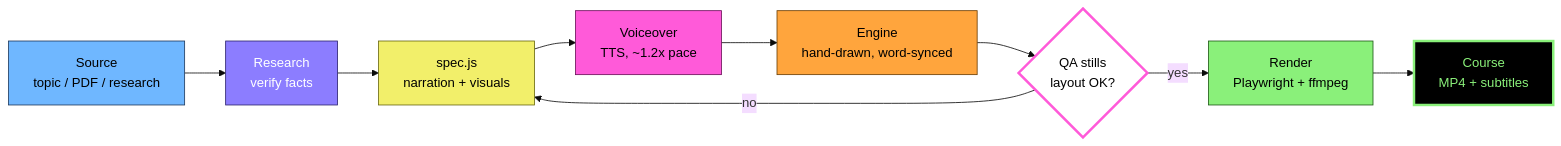
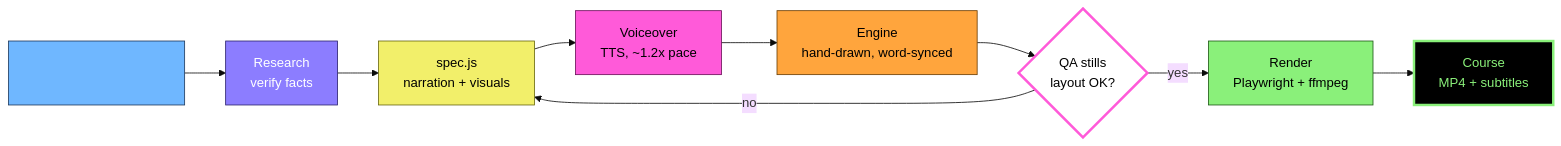
Before and after one commit to olatzbeitia-me/Agent-skills: the diagram in README.md, drawn with Mermaid (base theme). The commit also changed other lines of this file, not shown here.

Commit message:
Update README with improved section titles and styling

````diff
--- a/README.md
+++ b/README.md
@@ -11,20 +11,20 @@
 ```mermaid
 flowchart LR
     A["Source<br/>topic / PDF / research"]:::src --> B["Research<br/>verify facts"]:::research
     B --> C["spec.js<br/>narration + visuals"]:::spec
     C --> D["Voiceover<br/>TTS, ~1.2x pace"]:::voice
     D --> E["Engine<br/>hand-drawn, word-synced"]:::engine
     E --> F{"QA stills<br/>layout OK?"}:::qa
     F -- no --> C
     F -- yes --> G["Render<br/>Playwright + ffmpeg"]:::render
     G --> H["Course<br/>MP4 + subtitles"]:::out
 
-    classDef src fill:#6fb7ff,stroke:#1e3a5f,color:#000
+    classDef src fill:#6fb7ff,stroke:#1e3a5f,color:#0000
     classDef research fill:#8c7dff,stroke:#2e2470,color:#fff
     classDef spec fill:#f2ef6a,stroke:#6b6a10,color:#000
     classDef voice fill:#ff5ad9,stroke:#6b1059,color:#000
     classDef engine fill:#ffa53d,stroke:#6b3f05,color:#000
     classDef qa fill:#ffffff,stroke:#ff5ad9,stroke-width:3px,color:#000
     classDef render fill:#8af07a,stroke:#1f5a17,color:#000
     classDef out fill:#000000,stroke:#8af07a,stroke-width:3px,color:#8af07a
 ```
````
